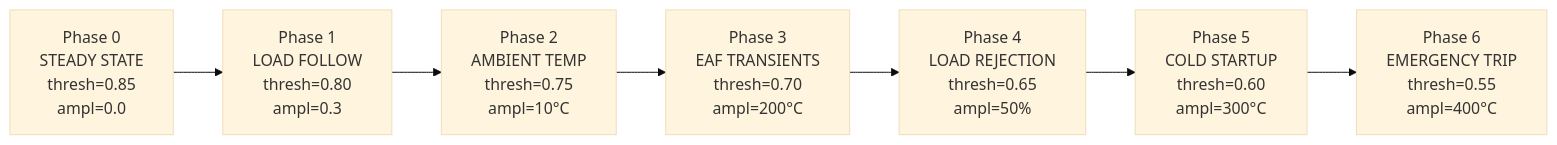
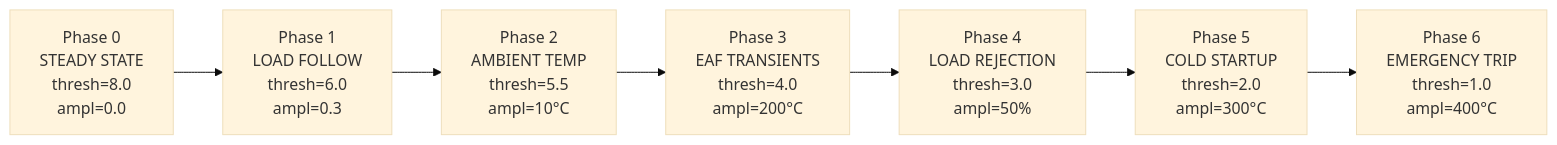
The fourth of 6 diagrams in docs/sco2rl_presentation.md (SharathSPhD/RLpower), drawn with Mermaid (base theme) before and after one commit. The commit also changed other lines of this file, not shown here.

````diff
--- a/docs/sco2rl_presentation.md
+++ b/docs/sco2rl_presentation.md
@@ -354,9 +363,9 @@
 ```mermaid
 graph LR
-    P0[Phase 0\nSTEADY STATE\nthresh=0.85\nampl=0.0] --> P1[Phase 1\nLOAD FOLLOW\nthresh=0.80\nampl=0.3]
-    P1 --> P2[Phase 2\nAMBIENT TEMP\nthresh=0.75\nampl=10°C]
-    P2 --> P3[Phase 3\nEAF TRANSIENTS\nthresh=0.70\nampl=200°C]
-    P3 --> P4[Phase 4\nLOAD REJECTION\nthresh=0.65\nampl=50%]
-    P4 --> P5[Phase 5\nCOLD STARTUP\nthresh=0.60\nampl=300°C]
-    P5 --> P6[Phase 6\nEMERGENCY TRIP\nthresh=0.55\nampl=400°C]
+    P0[Phase 0\nSTEADY STATE\nthresh=8.0\nampl=0.0] --> P1[Phase 1\nLOAD FOLLOW\nthresh=6.0\nampl=0.3]
+    P1 --> P2[Phase 2\nAMBIENT TEMP\nthresh=5.5\nampl=10°C]
+    P2 --> P3[Phase 3\nEAF TRANSIENTS\nthresh=4.0\nampl=200°C]
+    P3 --> P4[Phase 4\nLOAD REJECTION\nthresh=3.0\nampl=50%]
+    P4 --> P5[Phase 5\nCOLD STARTUP\nthresh=2.0\nampl=300°C]
+    P5 --> P6[Phase 6\nEMERGENCY TRIP\nthresh=1.0\nampl=400°C]
 ```
````
